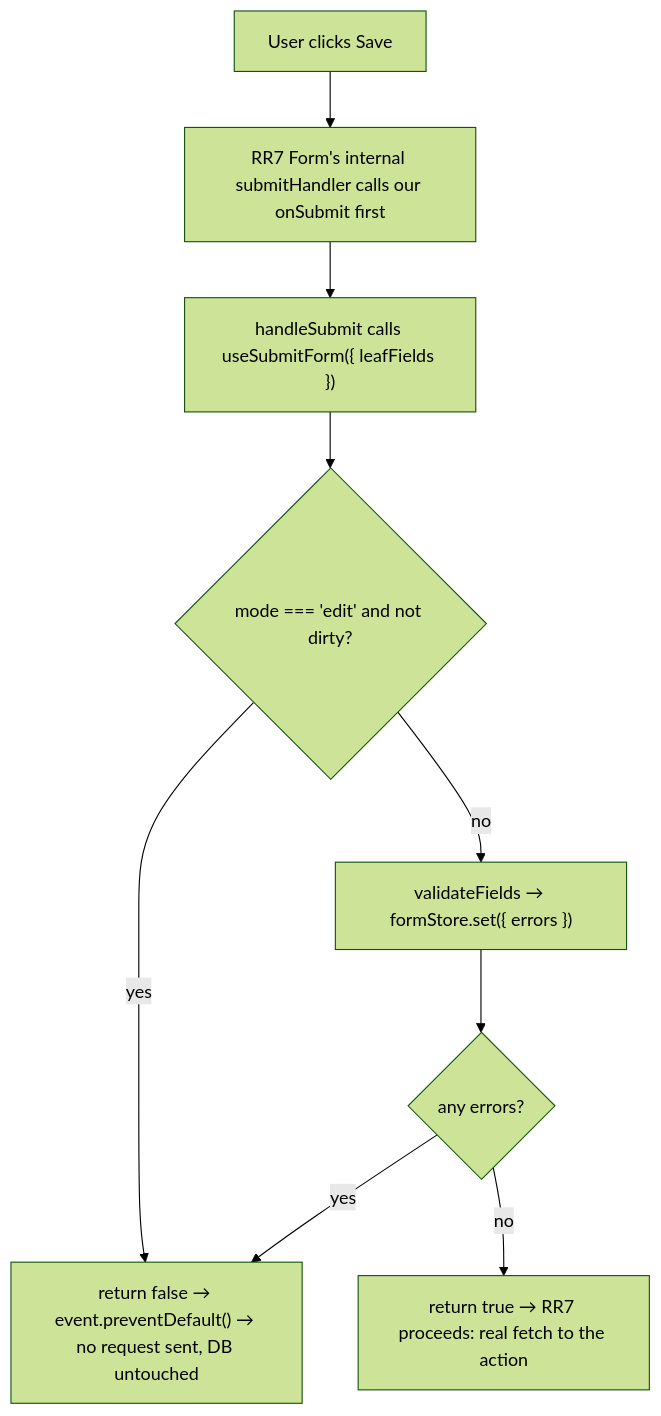
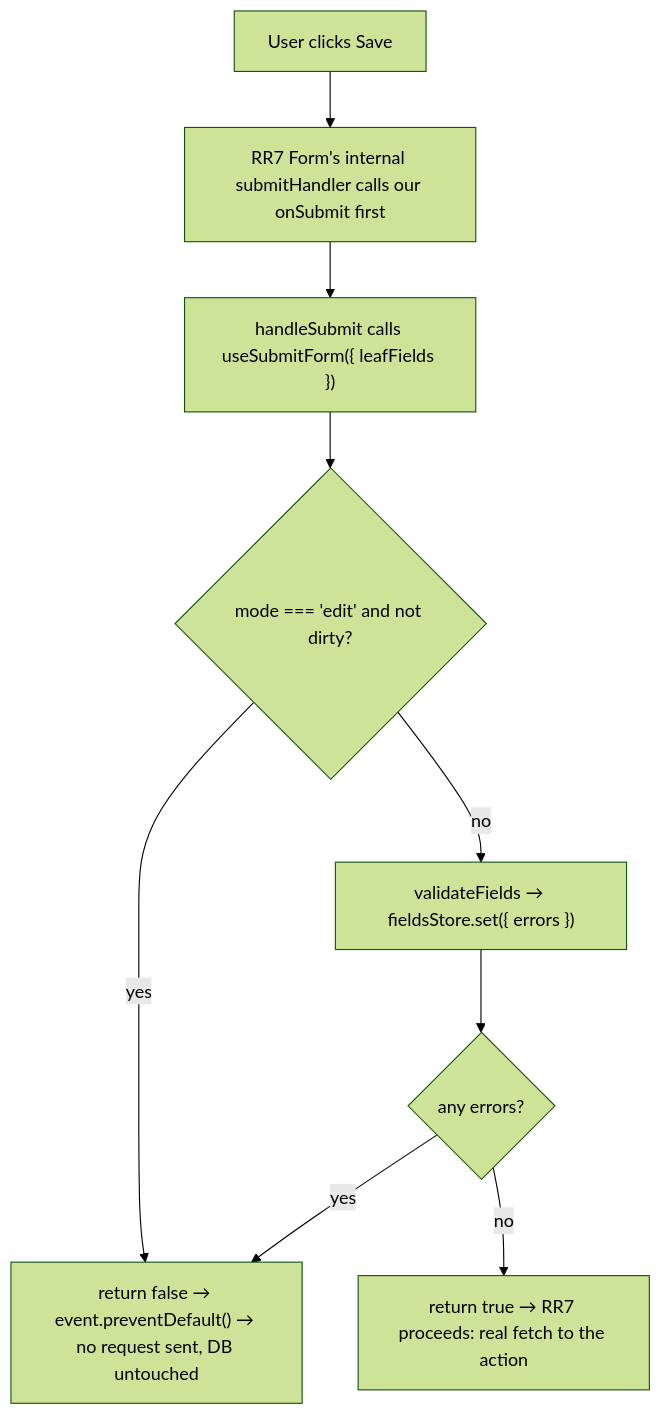
One commit to luciocabrera/lcabrera-stack changed the diagram in packages/ui/src/components/Form/ARCHITECTURE.md. Above: the diagram before and after it, drawn with Mermaid (forest theme). The commit also changed other lines of this file and 12 other files, not shown here.

Commit message:
feat: refactor Form component architecture to use separate fields and meta stores

````diff
--- a/packages/ui/src/components/Form/ARCHITECTURE.md
+++ b/packages/ui/src/components/Form/ARCHITECTURE.md
@@ -99,11 +132,11 @@
 ```mermaid
 graph TD
   A["User clicks Save"] --> B["RR7 Form's internal submitHandler calls our onSubmit first"]
   B --> C["handleSubmit calls useSubmitForm({ leafFields })"]
   C --> D{"mode === 'edit' and not dirty?"}
   D -->|"yes"| E["return false → event.preventDefault() → no request sent, DB untouched"]
-  D -->|"no"| F["validateFields → formStore.set({ errors })"]
+  D -->|"no"| F["validateFields → fieldsStore.set({ errors })"]
   F --> G{"any errors?"}
   G -->|"yes"| E
   G -->|"no"| H["return true → RR7 proceeds: real fetch to the action"]
 ```
````
